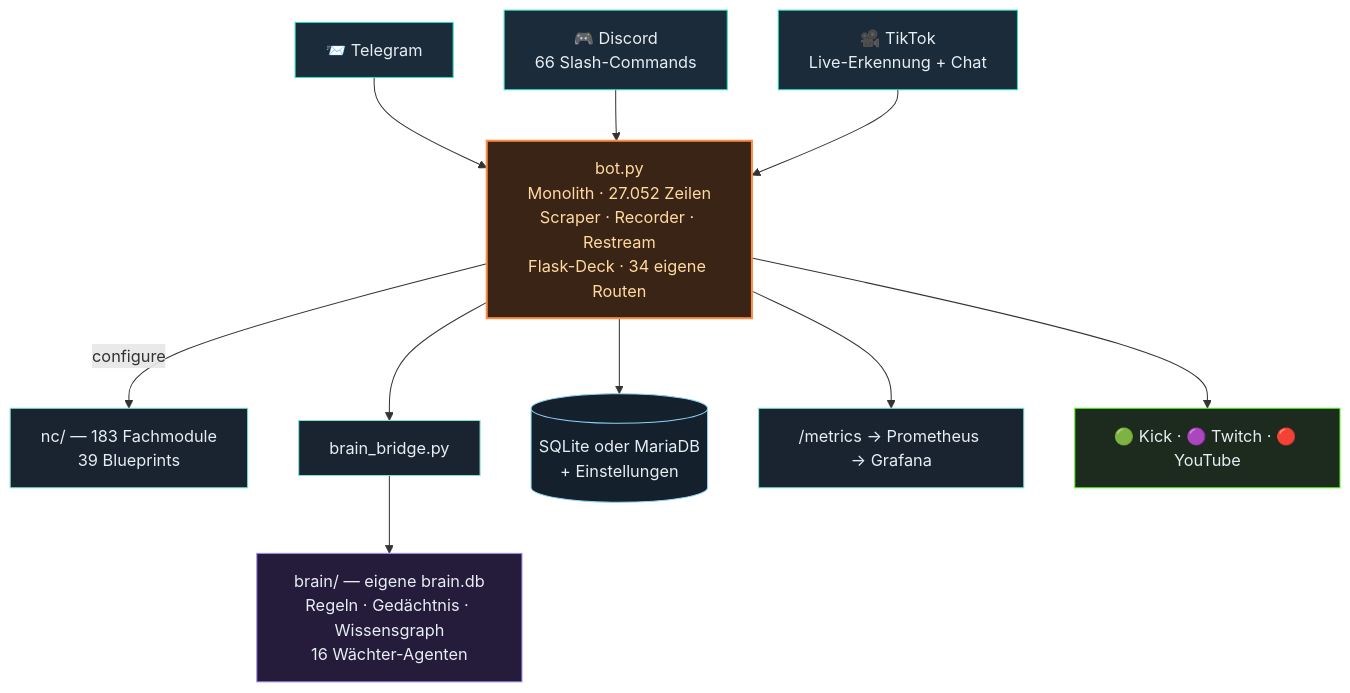
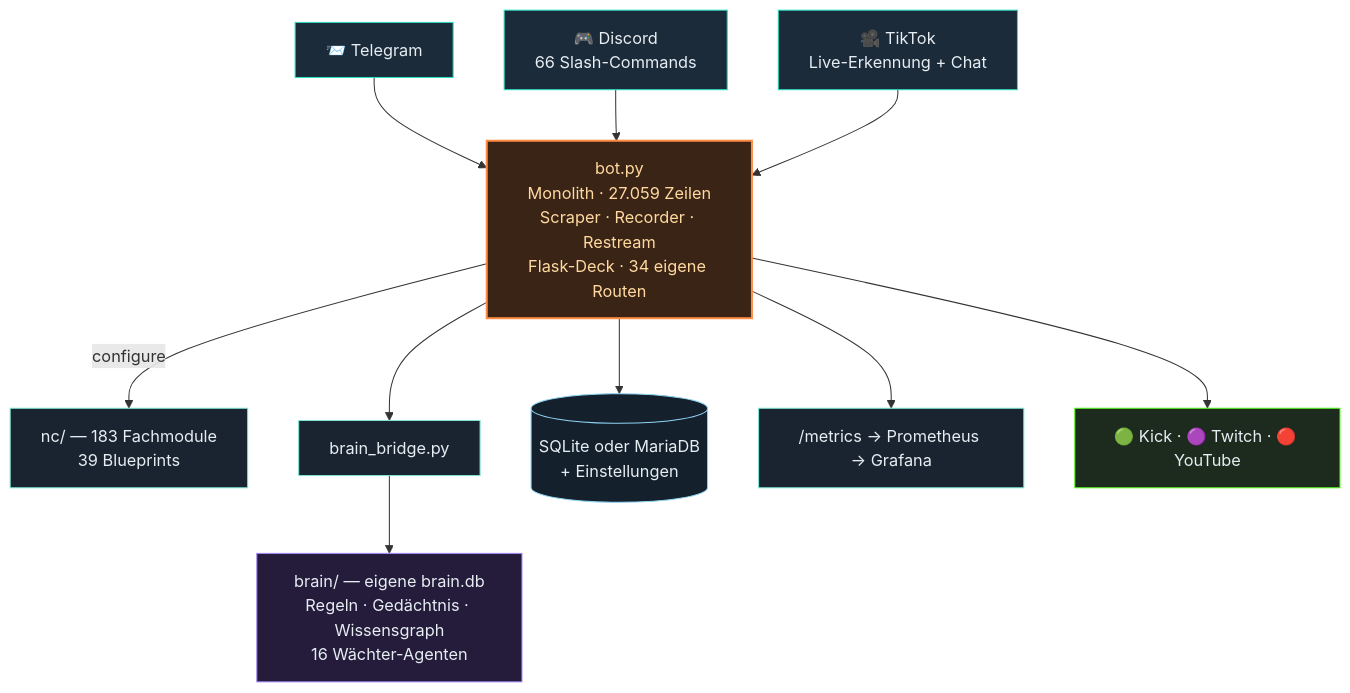
Before and after one commit to itsamemedev/Telegram-Stream-Info-Bot: the second of 3 diagrams in README.md, drawn with Mermaid. The commit also changed other lines of this file and 9 other files, not shown here.

````diff
--- a/README.md
+++ b/README.md
@@ -118,19 +118,19 @@
 ```mermaid
 flowchart TB
     TG["📨 Telegram"]:::ein --> BOT
     DC["🎮 Discord<br/>66 Slash-Commands"]:::ein --> BOT
     TT["🎥 TikTok<br/>Live-Erkennung + Chat"]:::ein --> BOT
-    BOT["bot.py<br/>Monolith · 27.052 Zeilen<br/>Scraper · Recorder · Restream<br/>Flask-Deck · 34 eigene Routen"]:::core
+    BOT["bot.py<br/>Monolith · 27.059 Zeilen<br/>Scraper · Recorder · Restream<br/>Flask-Deck · 34 eigene Routen"]:::core
     BOT -->|configure| NC["nc/ — 183 Fachmodule<br/>39 Blueprints"]:::lib
     BOT --> BR["brain_bridge.py"]:::lib
     BR --> BRAIN["brain/ — eigene brain.db<br/>Regeln · Gedächtnis · Wissensgraph<br/>16 Wächter-Agenten"]:::brain
     BOT --> DB[("SQLite oder MariaDB<br/>+ Einstellungen")]:::db
     BOT --> PROM["/metrics → Prometheus → Grafana"]:::lib
     BOT --> OUT["🟢 Kick · 🟣 Twitch · 🔴 YouTube"]:::out
     classDef ein fill:#1c2b3a,stroke:#2de1c2,color:#e6edf3
     classDef core fill:#3a2415,stroke:#ff8c42,stroke-width:2px,color:#ffd9a0
     classDef lib fill:#1a2430,stroke:#7fe7d4,color:#e6edf3
     classDef brain fill:#241c3a,stroke:#a78bfa,color:#e6edf3
     classDef db fill:#14202c,stroke:#8fd3f4,color:#e6edf3
     classDef out fill:#1c2b1e,stroke:#53fc18,color:#e6edf3
 ```
````
